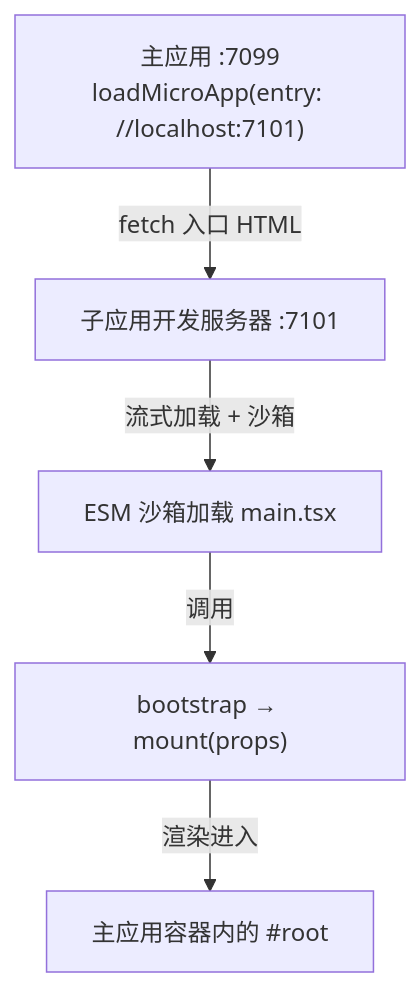
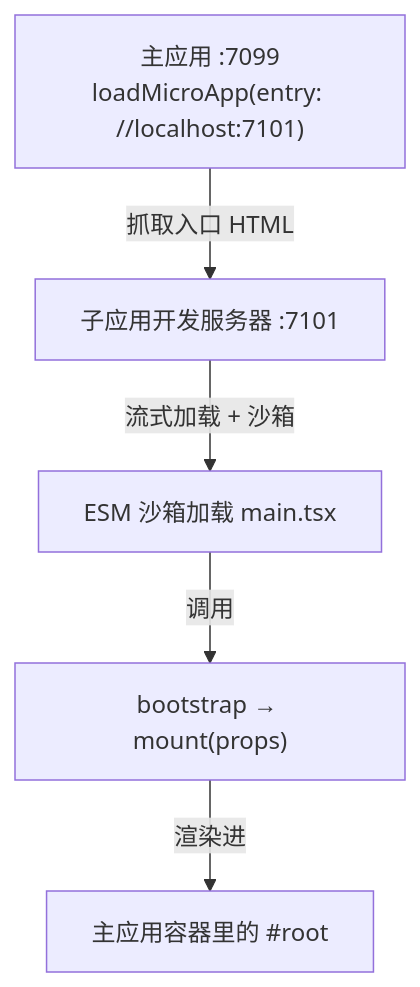
One commit to umijs/qiankun changed the diagram in docs/zh-CN/guide/getting-started.md. Above: the diagram before and after it, drawn with Mermaid. The commit also changed other lines of this file and 63 other files, not shown here.

````diff
--- a/docs/zh-CN/guide/getting-started.md
+++ b/docs/zh-CN/guide/getting-started.md
@@ -213,7 +213,7 @@
 ```mermaid
 flowchart TD
-  A["主应用 :7099<br/>loadMicroApp(entry: //localhost:7101)"] -->|fetch 入口 HTML| B["子应用开发服务器 :7101"]
-  B -->|流式加载 + 沙箱| C["ESM 沙箱加载 main.tsx"]
-  C -->|调用| D["bootstrap → mount(props)"]
-  D -->|渲染进入| E["主应用容器内的 #root"]
+  A["主应用 :7099<br/>loadMicroApp(entry: //localhost:7101)"] -->|"抓取入口 HTML"| B["子应用开发服务器 :7101"]
+  B -->|"流式加载 + 沙箱"| C["ESM 沙箱加载 main.tsx"]
+  C -->|"调用"| D["bootstrap → mount(props)"]
+  D -->|"渲染进"| E["主应用容器里的 #root"]
 ```
````
